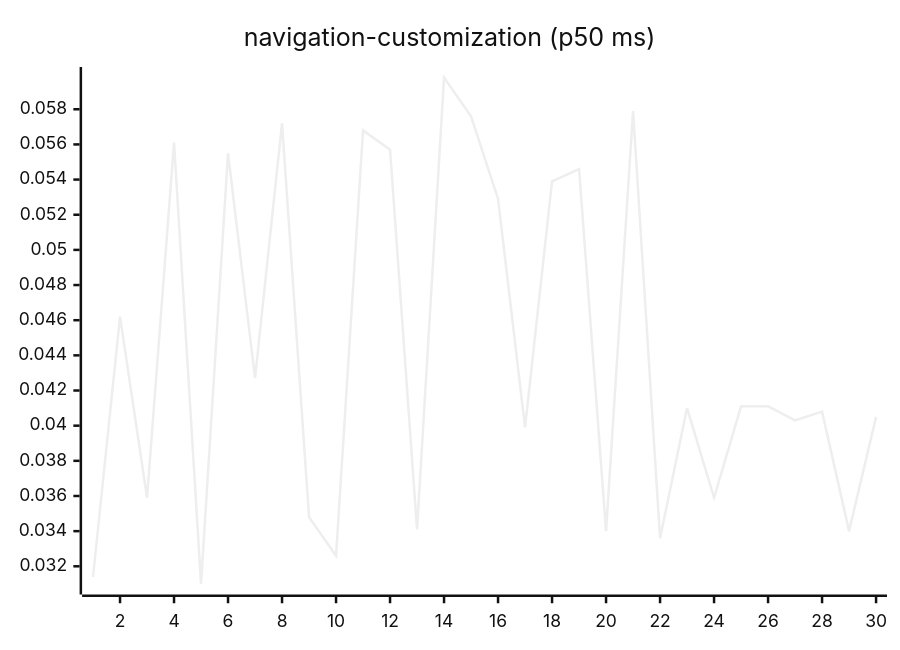
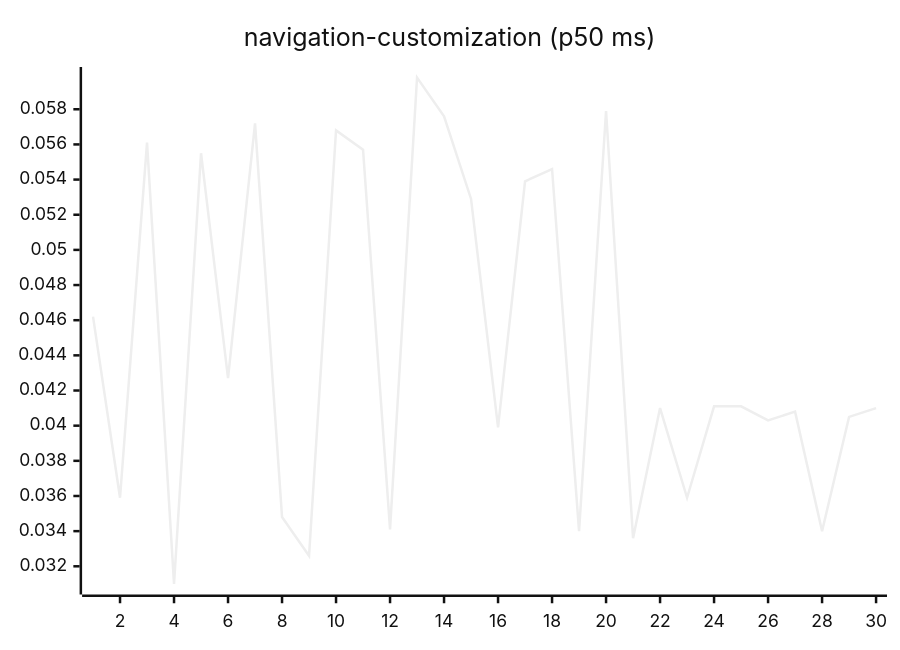
One commit to josha/Facet changed diagram 15 of 27 in README.md. Above: the diagram before and after it, drawn with Mermaid (neutral theme). The commit also changed other lines of this file and 2 other files, not shown here.

````diff
--- a/README.md
+++ b/README.md
@@ -161,6 +161,6 @@
 ```mermaid
 xychart-beta
     title "navigation-customization (p50 ms)"
     x-axis 1 --> 30
-    line [0.0314, 0.0462, 0.0359, 0.0561, 0.0310, 0.0555, 0.0427, 0.0572, 0.0348, 0.0326, 0.0568, 0.0557, 0.0341, 0.0598, 0.0576, 0.0529, 0.0399, 0.0539, 0.0546, 0.0340, 0.0579, 0.0336, 0.0410, 0.0359, 0.0411, 0.0411, 0.0403, 0.0408, 0.0340, 0.0405]
+    line [0.0462, 0.0359, 0.0561, 0.0310, 0.0555, 0.0427, 0.0572, 0.0348, 0.0326, 0.0568, 0.0557, 0.0341, 0.0598, 0.0576, 0.0529, 0.0399, 0.0539, 0.0546, 0.0340, 0.0579, 0.0336, 0.0410, 0.0359, 0.0411, 0.0411, 0.0403, 0.0408, 0.0340, 0.0405, 0.0410]
 ```
````
